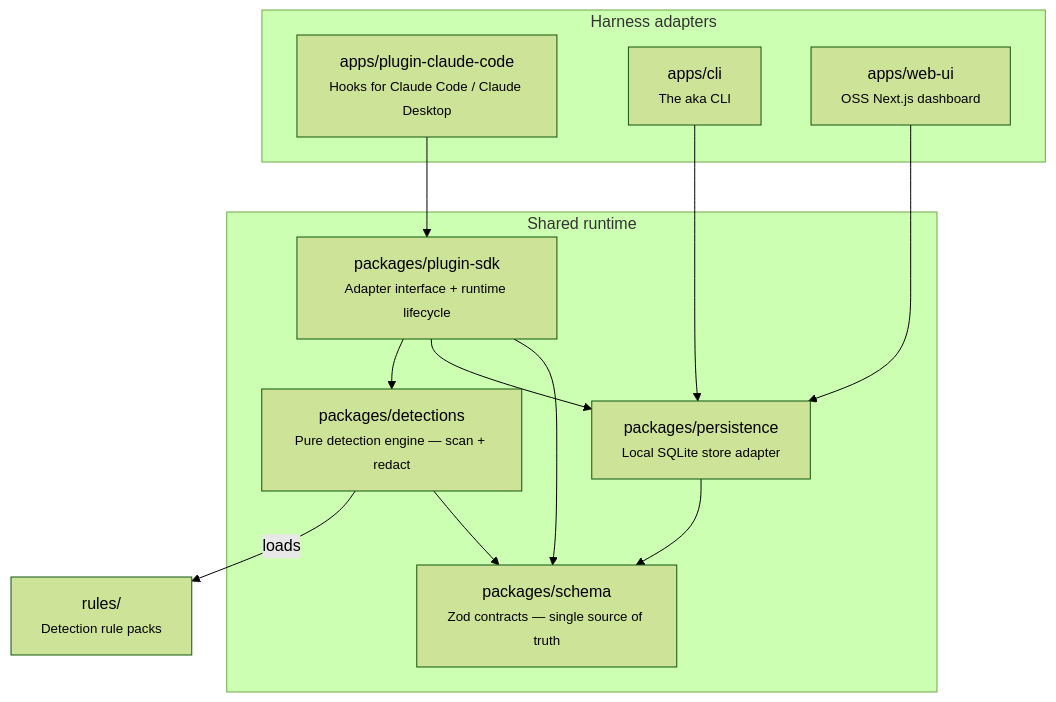
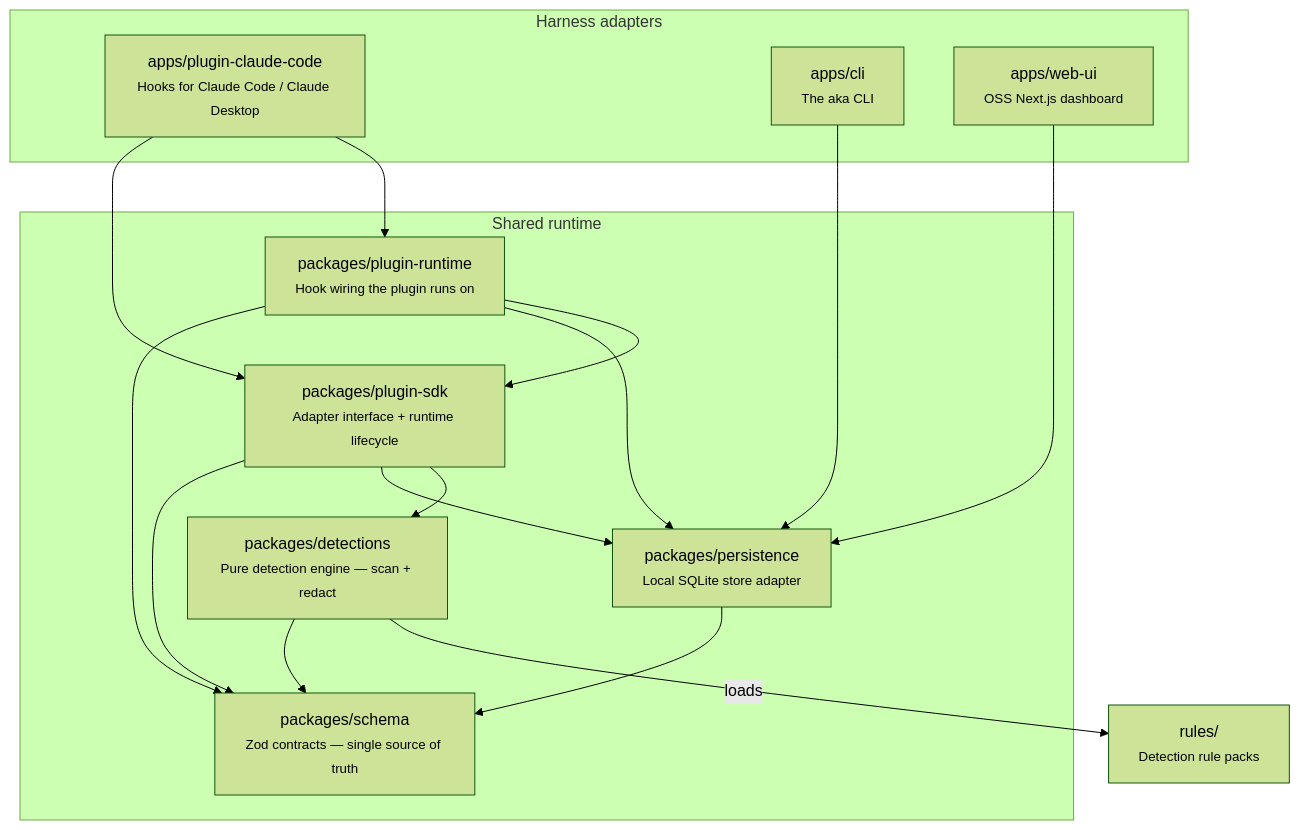
One commit to akasecurity/ai-tc-docs changed the diagram in docs/architecture/overview.md. Above: the diagram before and after it, drawn with Mermaid (forest theme). The commit also changed other lines of this file, not shown here.

Commit message:
docs(architecture): add the missing plugin-runtime edge (#7)
The logical-architecture diagram showed the plugin depending only on
plugin-sdk. Per the dependency graph the plugin depends on BOTH
plugin-runtime and plugin-sdk, and plugin-runtime itself depends on
plugin-sdk, persistence, and schema — none of which the diagram carried.

Adds the plugin-runtime node and those four edges. cli and web-ui keep
reading persistence directly, which is what they actually do.

````diff
--- a/docs/architecture/overview.md
+++ b/docs/architecture/overview.md
@@ -75,27 +75,32 @@
 ```mermaid
 flowchart TD
     subgraph adapters["Harness adapters"]
         plugin["apps/plugin-claude-code<br/><small>Hooks for Claude Code / Claude Desktop</small>"]
         cli["apps/cli<br/><small>The aka CLI</small>"]
         webui["apps/web-ui<br/><small>OSS Next.js dashboard</small>"]
     end
 
     subgraph runtime["Shared runtime"]
+        pluginRuntime["packages/plugin-runtime<br/><small>Hook wiring the plugin runs on</small>"]
         sdk["packages/plugin-sdk<br/><small>Adapter interface + runtime lifecycle</small>"]
         detections["packages/detections<br/><small>Pure detection engine — scan + redact</small>"]
         persistence["packages/persistence<br/><small>Local SQLite store adapter</small>"]
         schema["packages/schema<br/><small>Zod contracts — single source of truth</small>"]
     end
 
     rules["rules/<br/><small>Detection rule packs</small>"]
 
+    plugin --> pluginRuntime
     plugin --> sdk
+    pluginRuntime --> sdk
+    pluginRuntime --> persistence
+    pluginRuntime --> schema
     sdk --> detections
     sdk --> persistence
     cli --> persistence
     webui --> persistence
     detections -->|loads| rules
     detections --> schema
     persistence --> schema
     sdk --> schema
 ```
````
